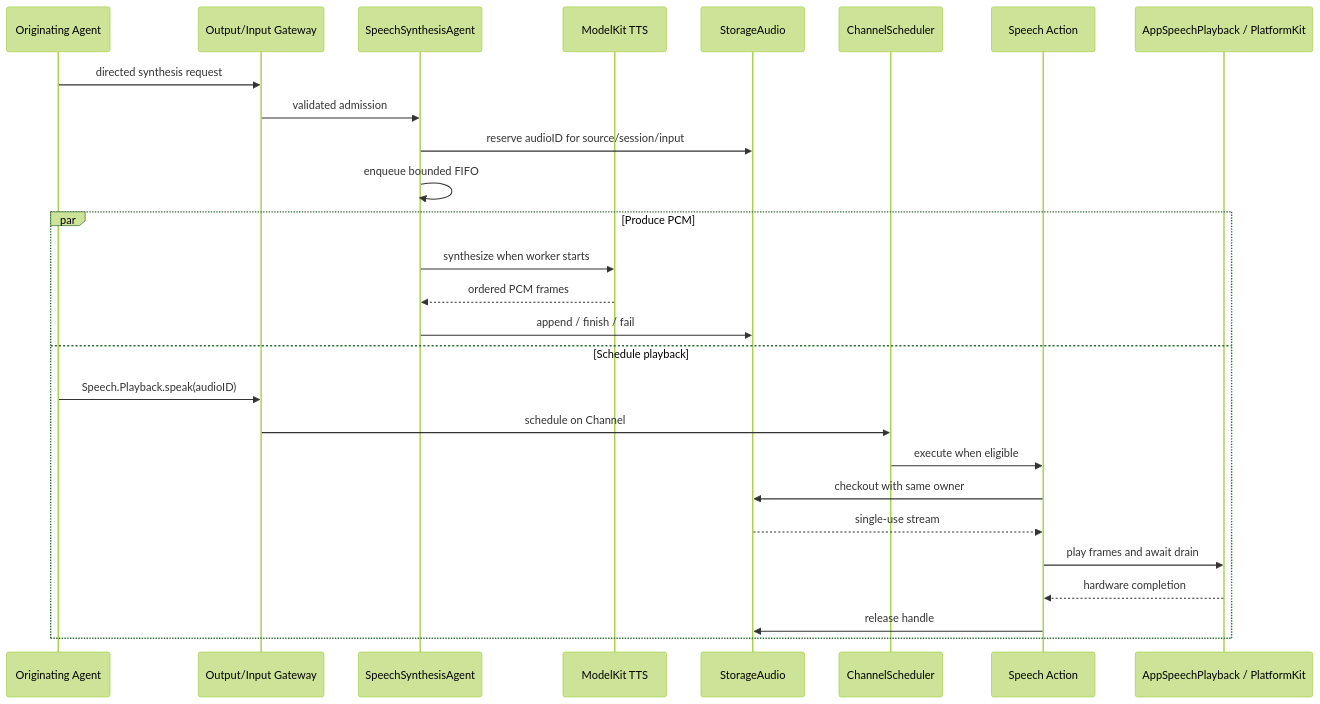
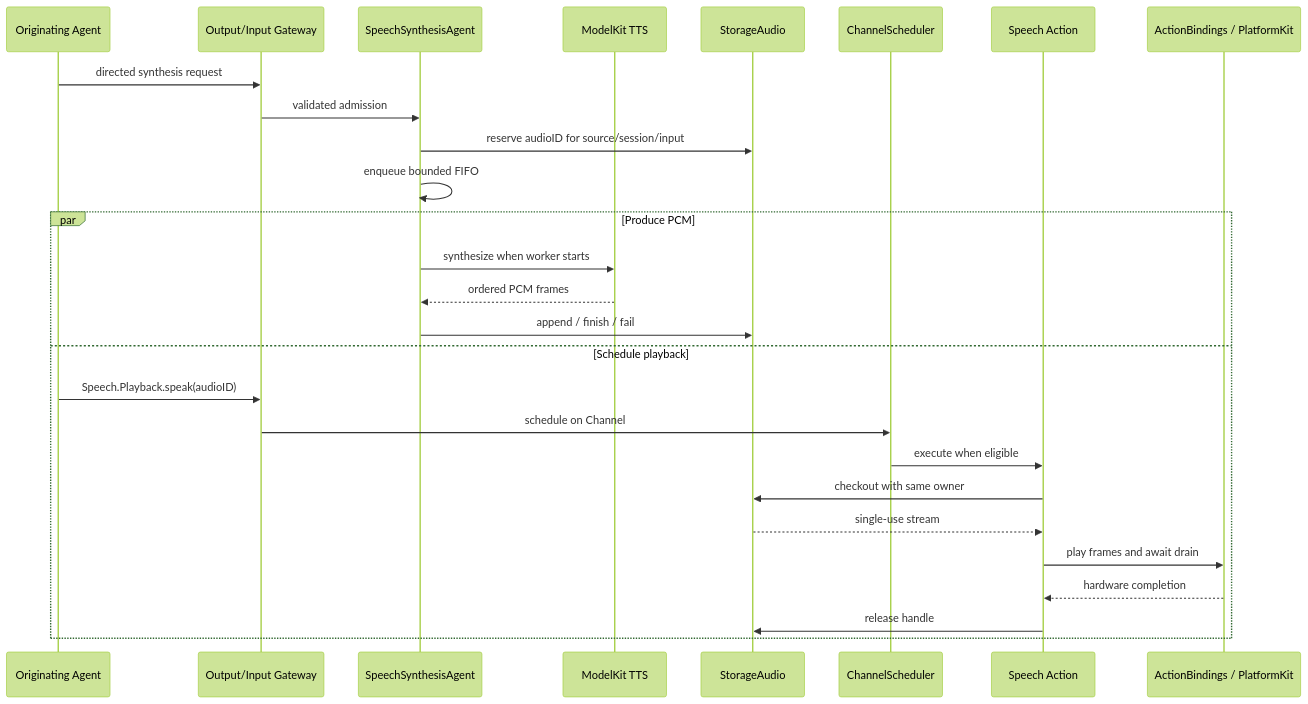
Diagram 17 of 32 in MobileHarness/README.md (devilyouwei/MobileHarness), drawn with Mermaid (forest theme) before and after one commit. The commit also changed other lines of this file and 254 other files, not shown here.

First line of the commit message:
refactor: isolate app composition and module bindings

````diff
--- a/MobileHarness/README.md
+++ b/MobileHarness/README.md
@@ -854,29 +818,29 @@
 ```mermaid
 sequenceDiagram
     participant A as Originating Agent
     participant G as Output/Input Gateway
     participant S as SpeechSynthesisAgent
     participant M as ModelKit TTS
     participant C as StorageAudio
     participant Q as ChannelScheduler
     participant R as Speech Action
-    participant P as AppSpeechPlayback / PlatformKit
+    participant P as ActionBindings / PlatformKit
     A->>G: directed synthesis request
     G->>S: validated admission
     S->>C: reserve audioID for source/session/input
     S->>S: enqueue bounded FIFO
     par Produce PCM
         S->>M: synthesize when worker starts
         M-->>S: ordered PCM frames
         S->>C: append / finish / fail
     and Schedule playback
         A->>G: Speech.Playback.speak(audioID)
         G->>Q: schedule on Channel
         Q->>R: execute when eligible
         R->>C: checkout with same owner
         C-->>R: single-use stream
         R->>P: play frames and await drain
         P-->>R: hardware completion
         R->>C: release handle
     end
 ```
````
